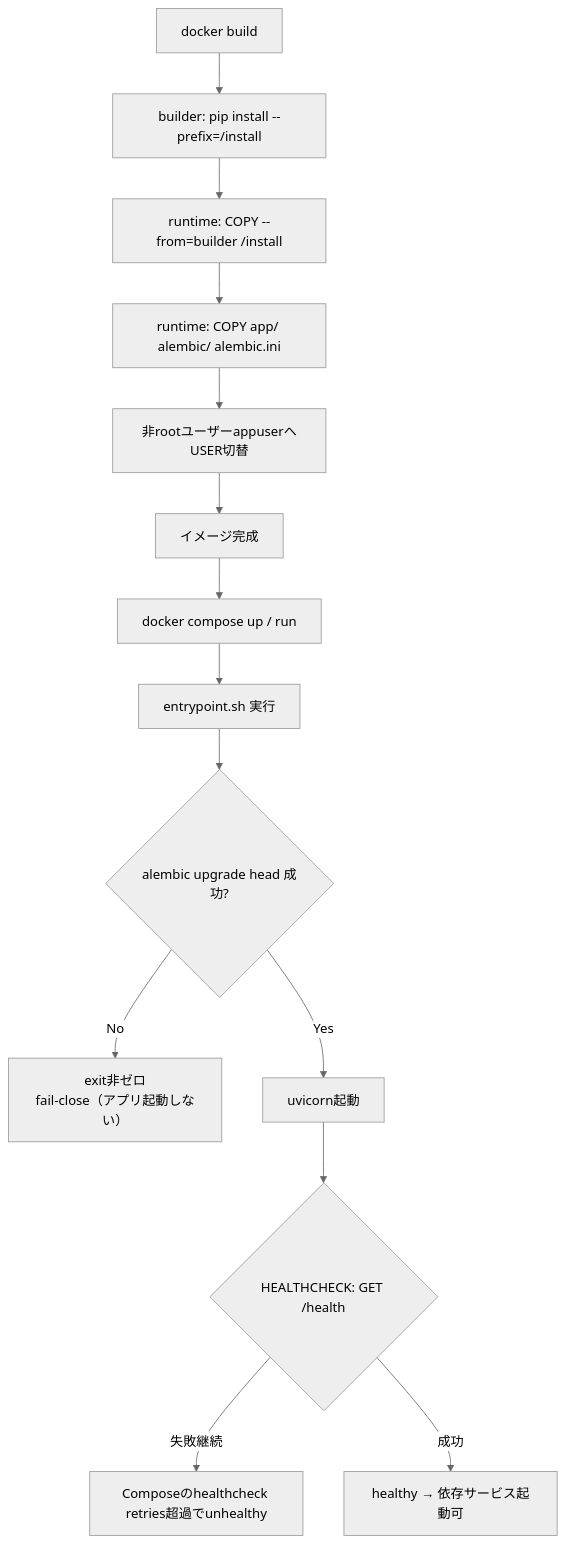
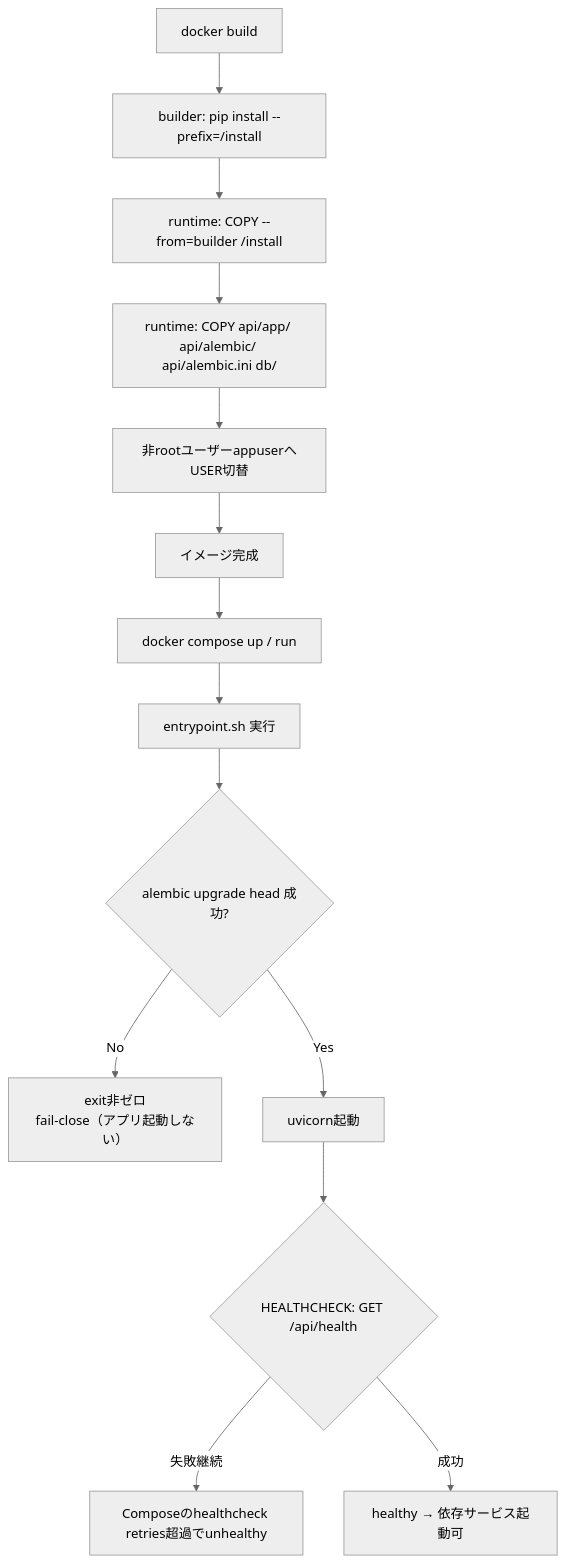
The third of 5 diagrams in detailed_design/infra/02_dockerfile_api.md (oikawa-d/task_management), drawn with Mermaid (neutral theme) before and after one commit. The commit also changed other lines of this file and 14 other files, not shown here.

````diff
--- a/detailed_design/infra/02_dockerfile_api.md
+++ b/detailed_design/infra/02_dockerfile_api.md
@@ -97,17 +97,17 @@
 ```mermaid
 flowchart TB
     A["docker build"] --> B["builder: pip install --prefix=/install"]
     B --> C["runtime: COPY --from=builder /install"]
-    C --> D["runtime: COPY app/ alembic/ alembic.ini"]
+    C --> D["runtime: COPY api/app/ api/alembic/ api/alembic.ini db/"]
     D --> E["非rootユーザーappuserへUSER切替"]
     E --> F["イメージ完成"]
 
     F --> G["docker compose up / run"]
     G --> H["entrypoint.sh 実行"]
     H --> I{"alembic upgrade head 成功?"}
     I -->|No| J["exit非ゼロ<br/>fail-close（アプリ起動しない）"]
     I -->|Yes| K["uvicorn起動"]
-    K --> L{"HEALTHCHECK: GET /health"}
+    K --> L{"HEALTHCHECK: GET /api/health"}
     L -->|失敗継続| M["Composeのhealthcheck retries超過でunhealthy"]
     L -->|成功| N["healthy → 依存サービス起動可"]
 ```
````
